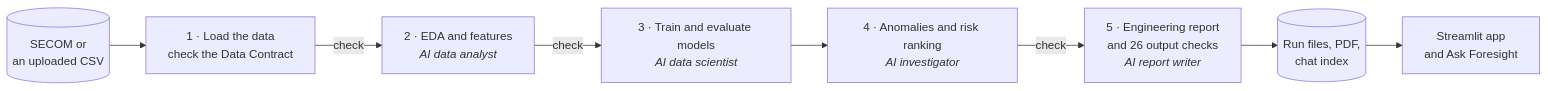
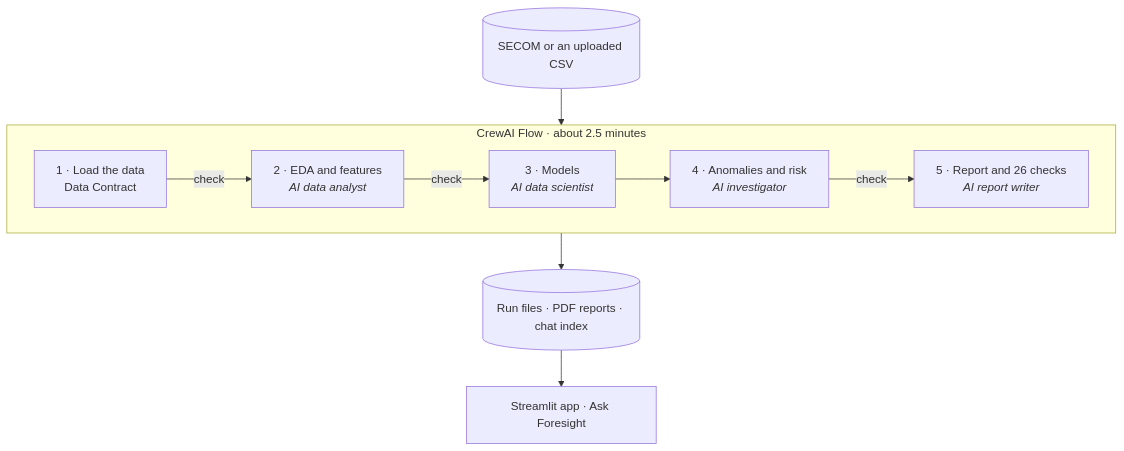
Before and after one commit to RavidEliav/foresight: the first of 2 diagrams in README.md, drawn with Mermaid. The commit also changed other lines of this file, not shown here.

Commit message:
README: a readable pipeline diagram, aligned gallery, table headers

````diff
--- a/README.md
+++ b/README.md
@@ -85,10 +85,14 @@
 ```mermaid
-flowchart LR
-    data[("SECOM or<br>an uploaded CSV")] --> s1["1 · Load the data<br>check the Data Contract"]
-    s1 -- check --> s2["2 · EDA and features<br><i>AI data analyst</i>"]
-    s2 -- check --> s3["3 · Train and evaluate models<br><i>AI data scientist</i>"]
-    s3 --> s4["4 · Anomalies and risk ranking<br><i>AI investigator</i>"]
-    s4 -- check --> s5["5 · Engineering report<br>and 26 output checks<br><i>AI report writer</i>"]
-    s5 --> out[("Run files, PDF,<br>chat index")]
-    out --> app["Streamlit app<br>and Ask Foresight"]
+flowchart TB
+    data[("SECOM or an uploaded CSV")]
+    subgraph flow["CrewAI Flow · about 2.5 minutes"]
+        direction LR
+        s1["1 · Load the data<br>Data Contract"] -- check --> s2["2 · EDA and features<br><i>AI data analyst</i>"]
+        s2 -- check --> s3["3 · Models<br><i>AI data scientist</i>"]
+        s3 --> s4["4 · Anomalies and risk<br><i>AI investigator</i>"]
+        s4 -- check --> s5["5 · Report and 26 checks<br><i>AI report writer</i>"]
+    end
+    data --> flow
+    flow --> out[("Run files · PDF reports · chat index")]
+    out --> app["Streamlit app · Ask Foresight"]
 ```
````
